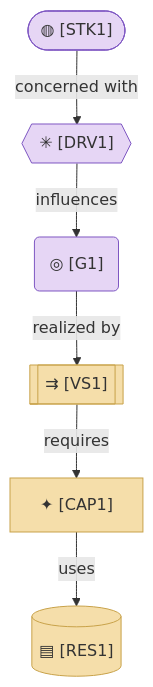
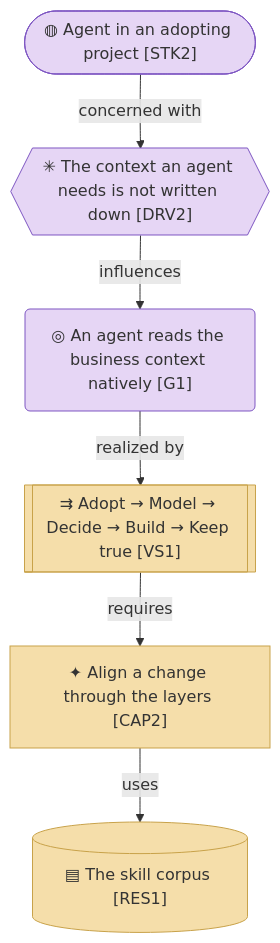
Before and after one commit to roanboc/architecture-archreator: the diagram in product-archreator/architecture/1_strategy/README.md, drawn with Mermaid. The commit also changed other lines of this file and 2 other files, not shown here.

First line of the commit message:
feat: what the method must be able to do, and how value reaches an adopter

````diff
--- a/product-archreator/architecture/1_strategy/README.md
+++ b/product-archreator/architecture/1_strategy/README.md
@@ -56,19 +61,19 @@
 ```mermaid
 flowchart TB
-  stakeholder(["◍ <Who cares> [STK1]"]):::motivation
-  driver{{"✳ <What pressures them> [DRV1]"}}:::motivation
-  goal("◎ <What must become true> [G1]"):::motivation
+  stakeholder(["◍ Agent in an adopting project [STK2]"]):::motivation
+  driver{{"✳ The context an agent needs is not written down [DRV2]"}}:::motivation
+  goal("◎ An agent reads the business context natively [G1]"):::motivation
 
-  vs[["⇉ <Stage 1 → Stage 2 → …> [VS1]"]]:::strategy
-  cap["✦ <What we must be able to do> [CAP1]"]:::strategy
-  res[("▤ <What it's built with> [RES1]")]:::strategy
+  vs[["⇉ Adopt → Model → Decide → Build → Keep true [VS1]"]]:::strategy
+  cap["✦ Align a change through the layers [CAP2]"]:::strategy
+  res[("▤ The skill corpus [RES1]")]:::strategy
 
   stakeholder -->|concerned with| driver
   driver -->|influences| goal
   goal -->|realized by| vs
   vs -->|requires| cap
   cap -->|uses| res
 
   classDef motivation fill:#e6d6f5,stroke:#7e57c2,color:#333
   classDef strategy fill:#f5deaa,stroke:#c8a24a,color:#333
 ```
````
